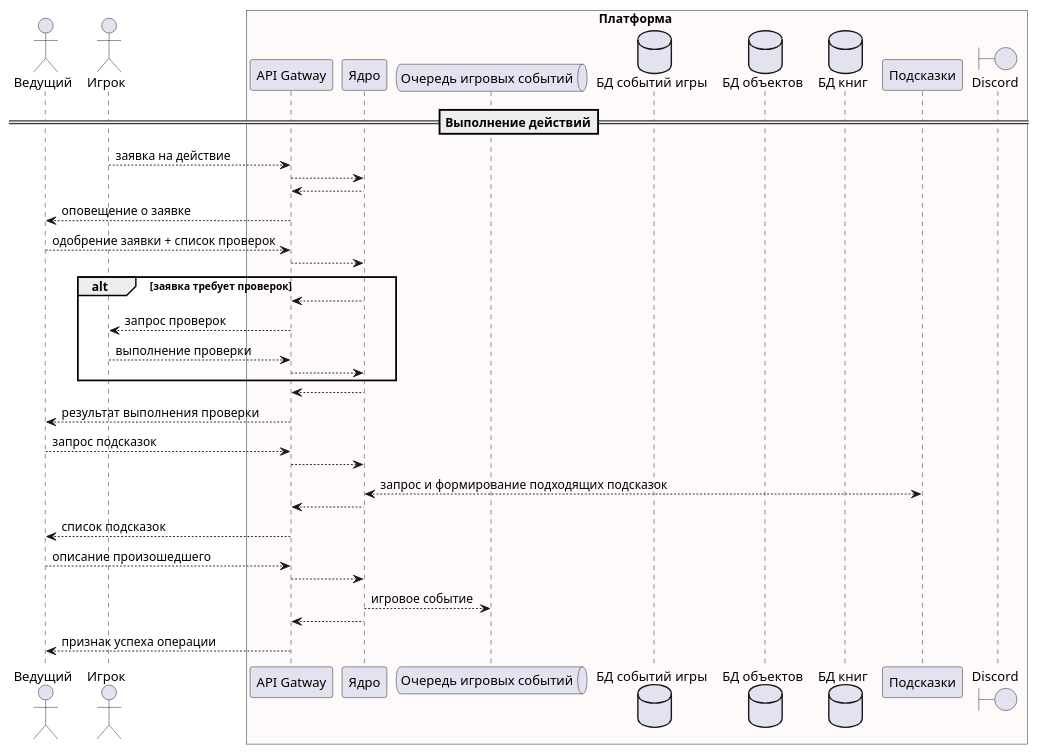
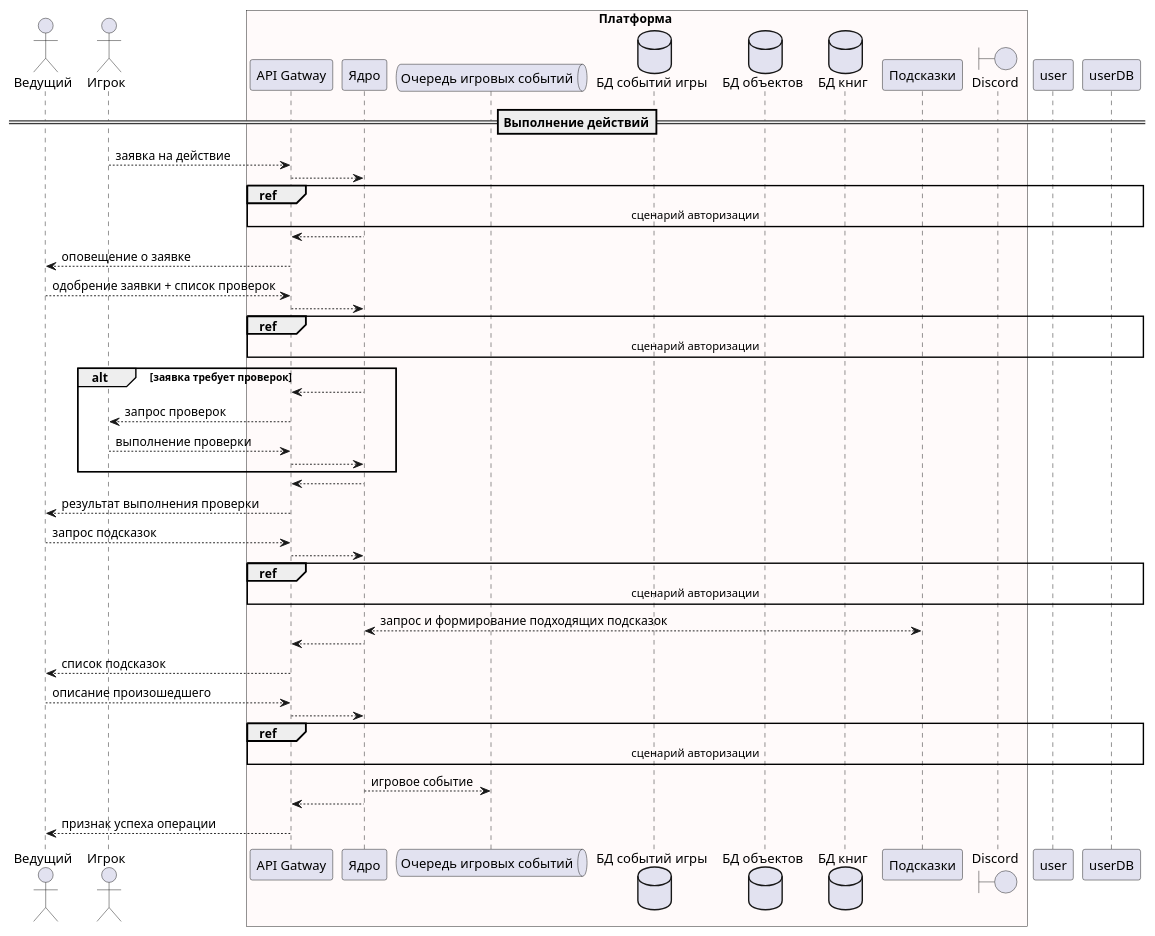
Before and after one commit to butakovmv/d20e_arch: the diagram in chart/sequence/play_exploreOrDownTime.puml, drawn with PlantUML. The commit also changed 4 other files, not shown here.

Commit message:
Диаграмма контейнеров

```diff
--- a/chart/sequence/play_exploreOrDownTime.puml
+++ b/chart/sequence/play_exploreOrDownTime.puml
@@ -1,45 +1,49 @@
 @startuml
 actor "Ведущий" as dm
 actor "Игрок" as player
 box Платформа #snow
 participant "API Gatway" as gateway
 participant "Ядро" as core
 queue "Очередь игровых событий" as eventQueue
 database "БД событий игры" as eventDB
 database "БД объектов" as objectDB
 database "БД книг" as bookDB
 participant "Подсказки" as hints
 boundary "Discord" as discord
 end box
 
 
 ==Выполнение действий==
 player --> gateway: заявка на действие
 gateway --> core
+ref over user, gateway, core, userDB: сценарий авторизации
 core --> gateway
 gateway --> dm: оповещение о заявке
 
 dm --> gateway: одобрение заявки + список проверок
 gateway --> core
+ref over user, gateway, core, userDB: сценарий авторизации
 alt заявка требует проверок
 core --> gateway
 gateway --> player: запрос проверок
 player --> gateway: выполнение проверки
 gateway --> core
 end
 core --> gateway
 gateway --> dm: результат выполнения проверки
 
 dm --> gateway: запрос подсказок
 gateway --> core
+ref over user, gateway, core, userDB: сценарий авторизации
 core <--> hints: запрос и формирование подходящих подсказок
 core --> gateway
 gateway --> dm: список подсказок
 
 dm --> gateway: описание произошедшего
 gateway --> core
+ref over user, gateway, core, userDB: сценарий авторизации
 core --> eventQueue: игровое событие
 core --> gateway
 gateway --> dm: признак успеха операции
 
 @enduml
```
